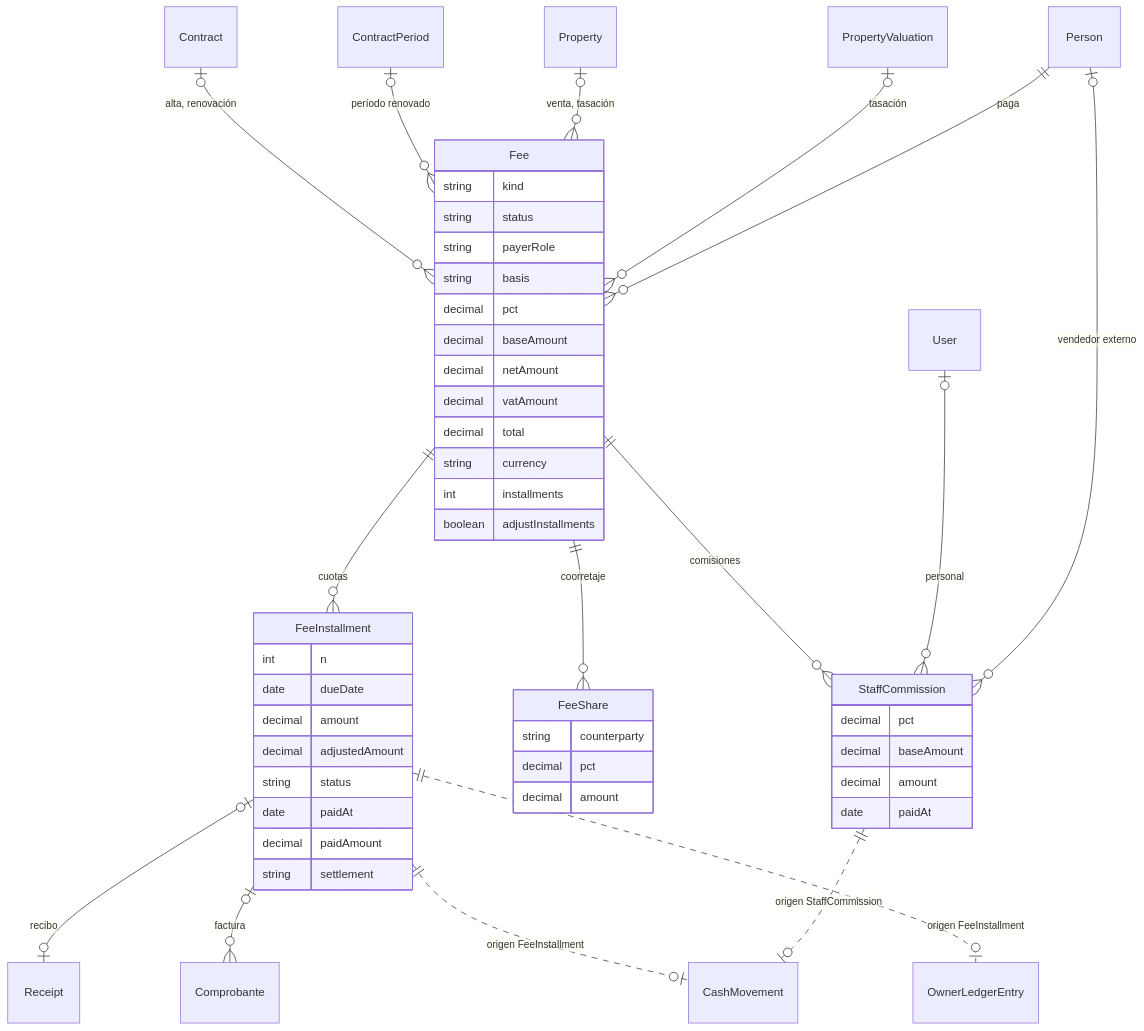
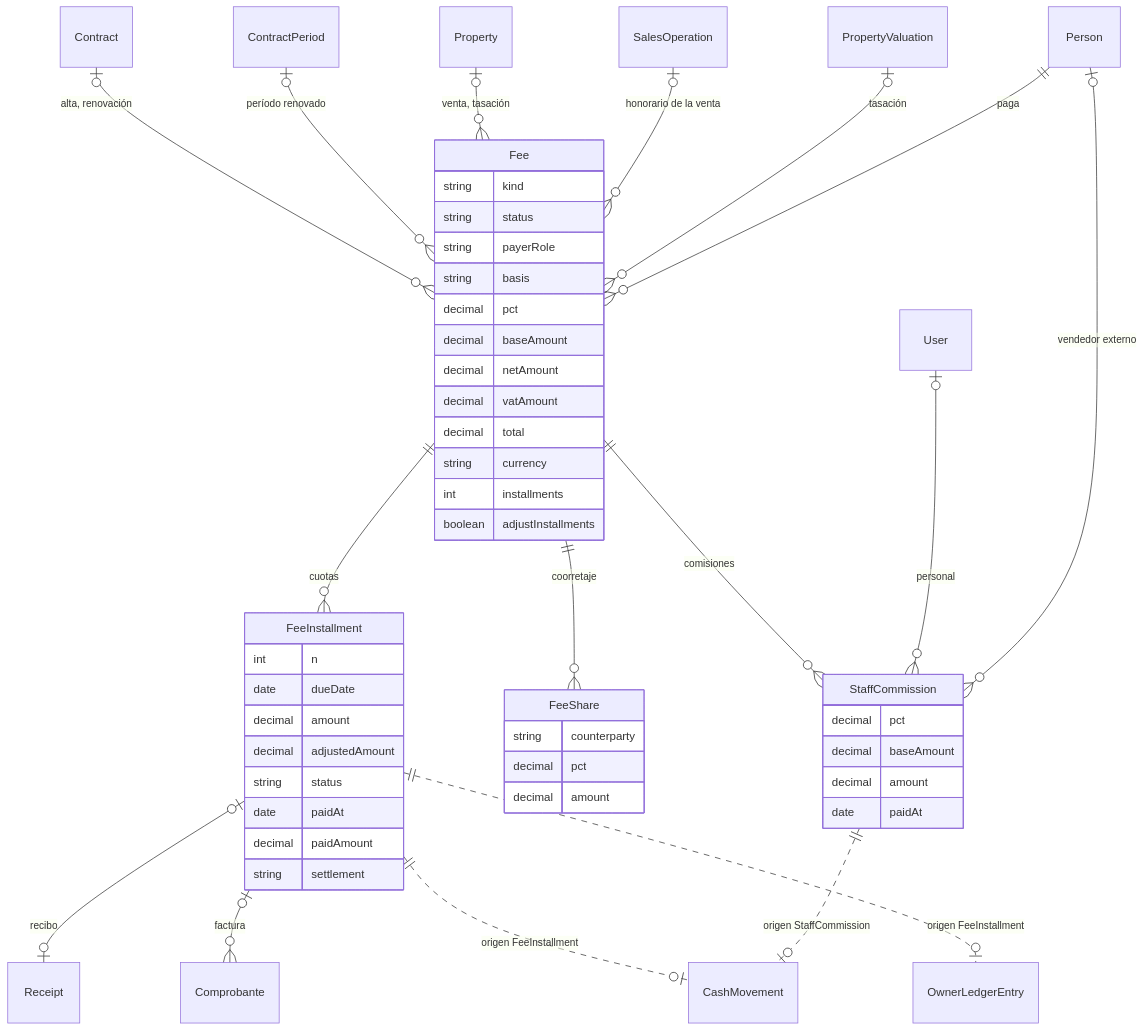
The seventh of 8 diagrams in docs/tesis/03-modelo-datos.md (RomeV16/Proyecto-Final---Realfy), drawn with Mermaid before and after one commit. The commit also changed other lines of this file and 7 other files, not shown here.

````diff
--- a/docs/tesis/03-modelo-datos.md
+++ b/docs/tesis/03-modelo-datos.md
@@ -641,53 +641,54 @@
 ```mermaid
 erDiagram
     Contract |o--o{ Fee : "alta, renovación"
     ContractPeriod |o--o{ Fee : "período renovado"
     Property |o--o{ Fee : "venta, tasación"
+    SalesOperation |o--o{ Fee : "honorario de la venta"
     PropertyValuation |o--o{ Fee : "tasación"
     Person ||--o{ Fee : "paga"
     Fee ||--o{ FeeInstallment : "cuotas"
     Fee ||--o{ FeeShare : "coorretaje"
     Fee ||--o{ StaffCommission : "comisiones"
     User |o--o{ StaffCommission : "personal"
     Person |o--o{ StaffCommission : "vendedor externo"
     FeeInstallment |o--o| Receipt : "recibo"
     FeeInstallment |o--o{ Comprobante : "factura"
     FeeInstallment ||..o| CashMovement : "origen FeeInstallment"
     FeeInstallment ||..o| OwnerLedgerEntry : "origen FeeInstallment"
     StaffCommission ||..o| CashMovement : "origen StaffCommission"
     Fee {
         string kind
         string status
         string payerRole
         string basis
         decimal pct
         decimal baseAmount
         decimal netAmount
         decimal vatAmount
         decimal total
         string currency
         int installments
         boolean adjustInstallments
     }
     FeeInstallment {
         int n
         date dueDate
         decimal amount
         decimal adjustedAmount
         string status
         date paidAt
         decimal paidAmount
         string settlement
     }
     FeeShare {
         string counterparty
         decimal pct
         decimal amount
     }
     StaffCommission {
         decimal pct
         decimal baseAmount
         decimal amount
         date paidAt
     }
 ```
````
